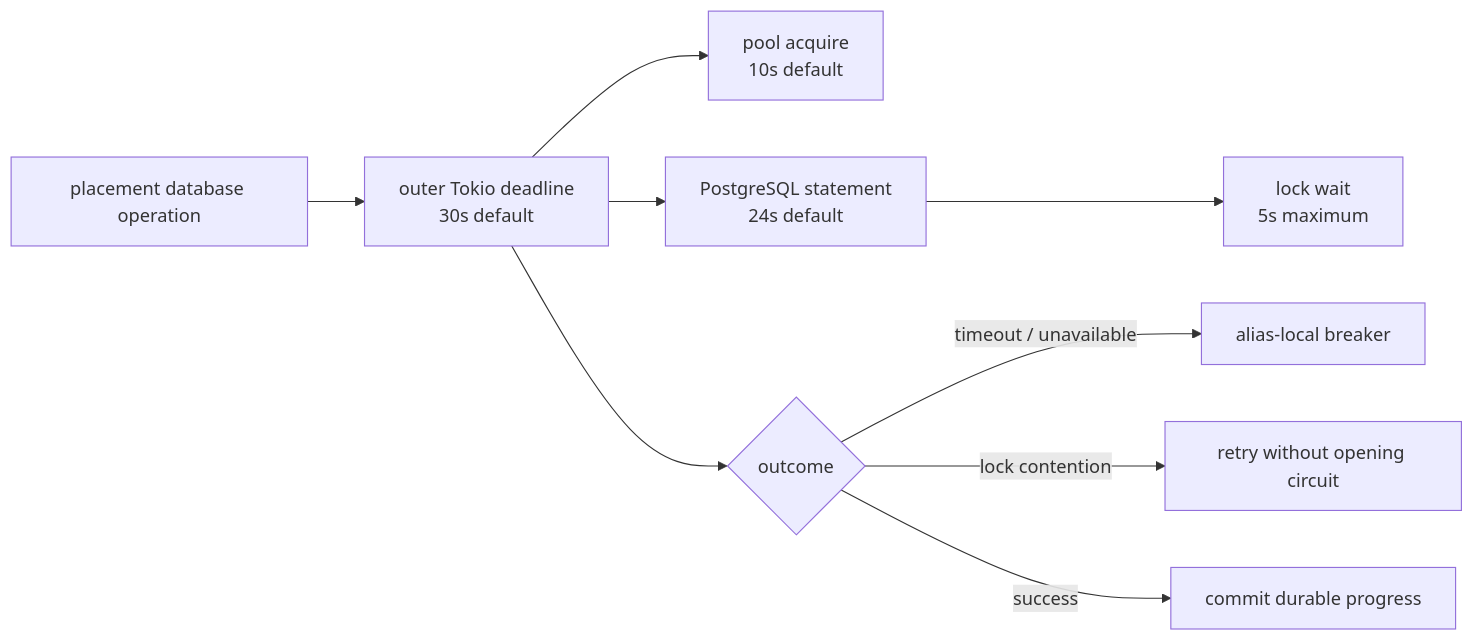
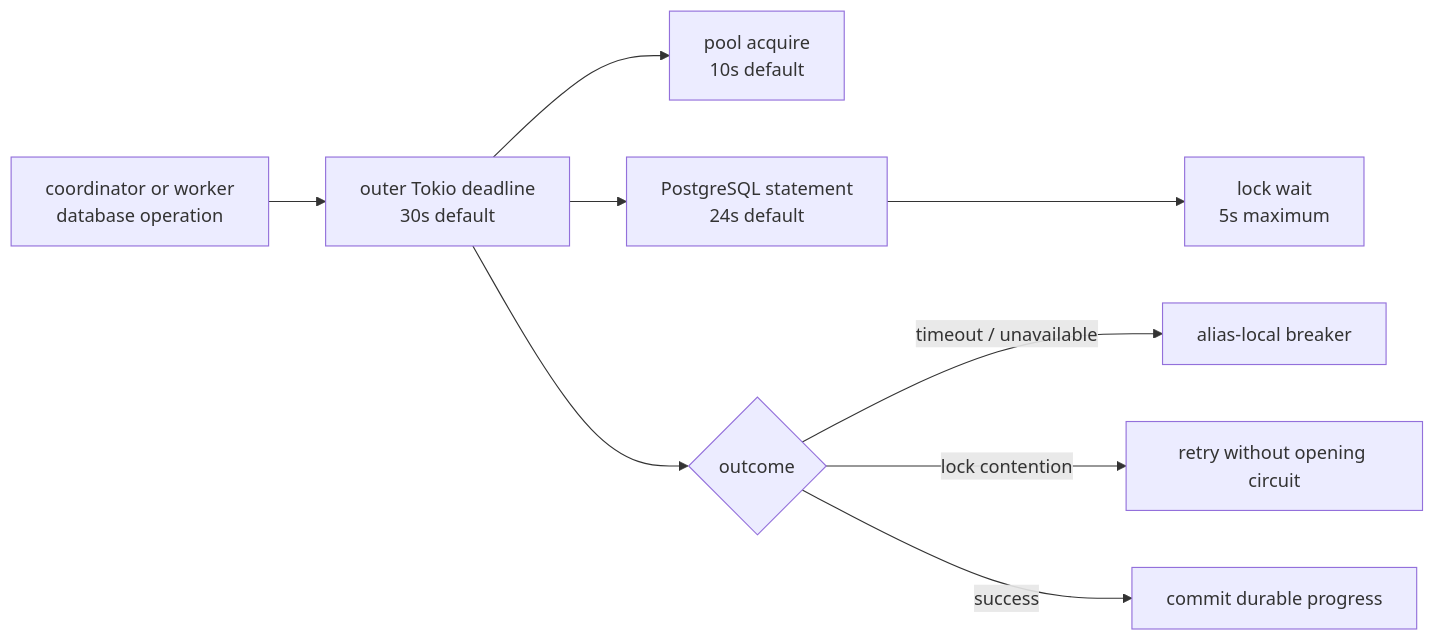
The second of 2 diagrams in web/docs/configuration/runtime-limits.mdx (gregl83/agent-vigilo), drawn with Mermaid before and after one commit. The commit also changed other lines of this file and 8 other files, not shown here.

````diff
--- a/web/docs/configuration/runtime-limits.mdx
+++ b/web/docs/configuration/runtime-limits.mdx
@@ -82,11 +84,11 @@
 ```mermaid
 flowchart LR
-    op["placement database operation"] --> outer["outer Tokio deadline<br/>30s default"]
+    op["coordinator or worker<br/>database operation"] --> outer["outer Tokio deadline<br/>30s default"]
     outer --> acquire["pool acquire<br/>10s default"]
     outer --> statement["PostgreSQL statement<br/>24s default"]
     statement --> lock["lock wait<br/>5s maximum"]
     outer --> outcome{"outcome"}
     outcome -->|timeout / unavailable| breaker["alias-local breaker"]
     outcome -->|lock contention| retry["retry without opening circuit"]
     outcome -->|success| durable["commit durable progress"]
 ```
````
